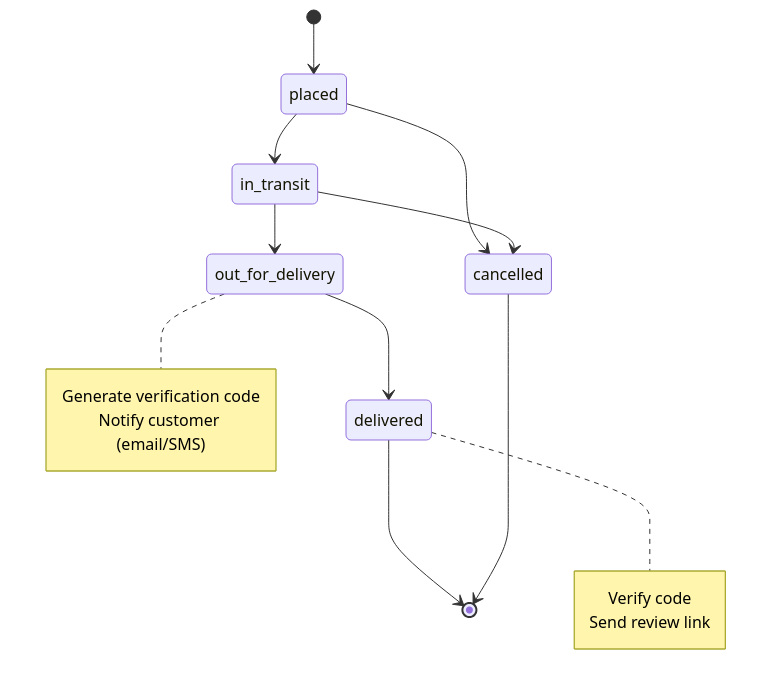
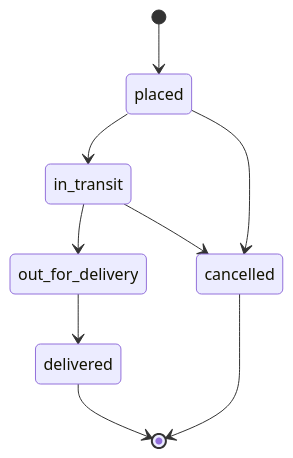
Before and after one commit to MikhailZakharov-dev/fast-ship: the third of 4 diagrams in README.md, drawn with Mermaid. The commit also changed other lines of this file, not shown here.

````diff
--- a/README.md
+++ b/README.md
@@ -70,23 +65,13 @@
 ```mermaid
 stateDiagram-v2
   [*] --> placed
   placed --> in_transit
   in_transit --> out_for_delivery
   out_for_delivery --> delivered
 
   placed --> cancelled
   in_transit --> cancelled
 
   delivered --> [*]
   cancelled --> [*]
-
-  note right of out_for_delivery
-    Generate verification code
-    Notify customer (email/SMS)
-  end note
-
-  note right of delivered
-    Verify code
-    Send review link
-  end note
 ```
````
